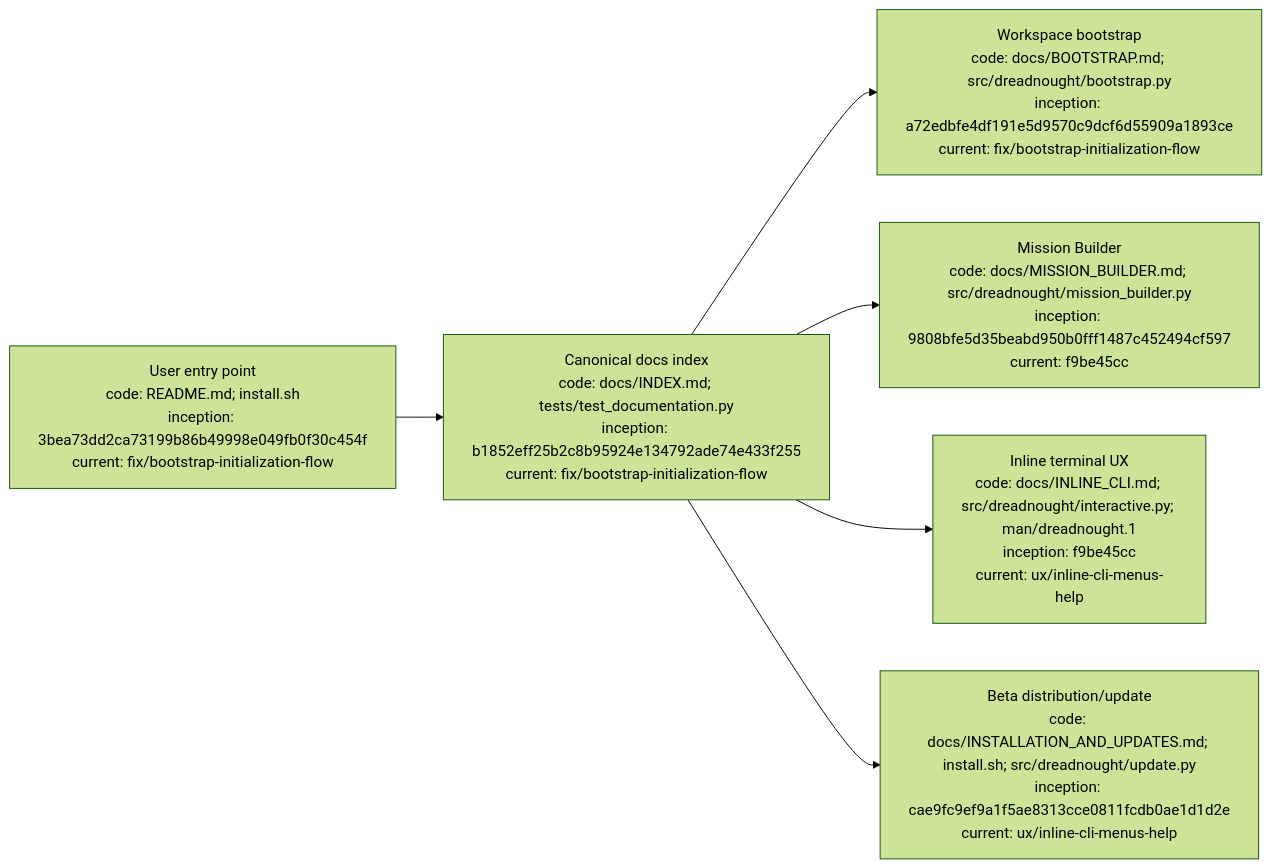
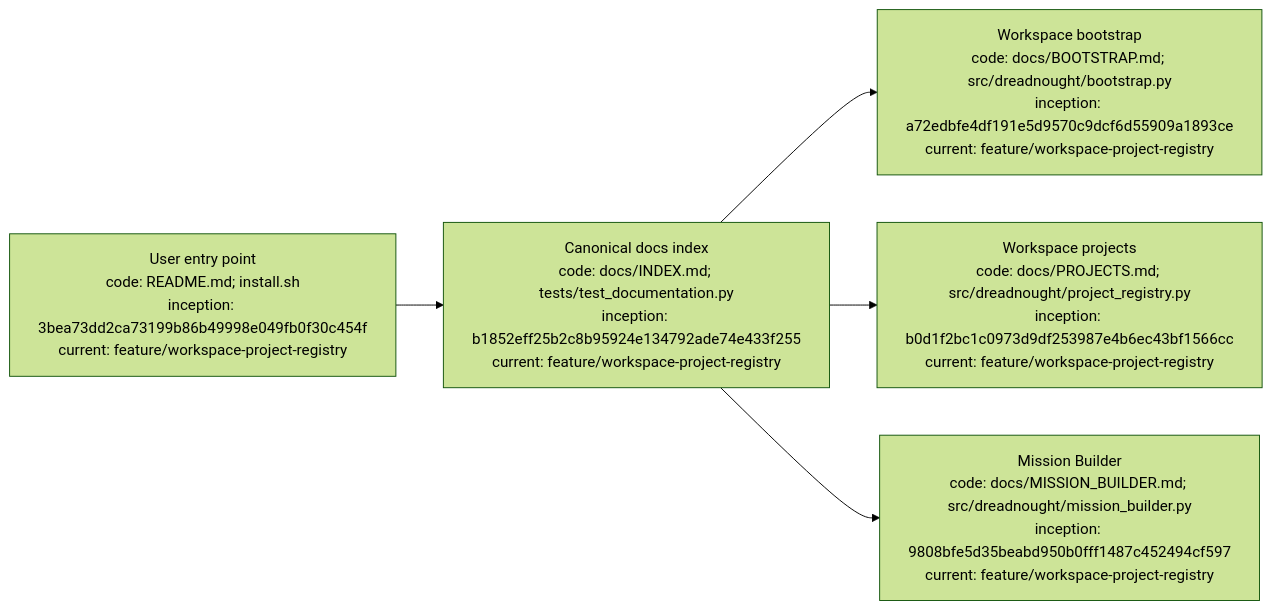
The diagram in docs/INDEX.md (seanbman/dreadnought), drawn with Mermaid (forest theme) before and after one commit. The commit also changed other lines of this file, not shown here.

Commit message:
docs: index workspace project registry

````diff
--- a/docs/INDEX.md
+++ b/docs/INDEX.md
@@ -66,8 +67,7 @@
 ```mermaid
 flowchart LR
-    R["User entry point\ncode: README.md; install.sh\ninception: 3bea73dd2ca73199b86b49998e049fb0f30c454f\ncurrent: fix/bootstrap-initialization-flow"] --> I["Canonical docs index\ncode: docs/INDEX.md; tests/test_documentation.py\ninception: b1852eff25b2c8b95924e134792ade74e433f255\ncurrent: fix/bootstrap-initialization-flow"]
-    I --> B["Workspace bootstrap\ncode: docs/BOOTSTRAP.md; src/dreadnought/bootstrap.py\ninception: a72edbfe4df191e5d9570c9dcf6d55909a1893ce\ncurrent: fix/bootstrap-initialization-flow"]
-    I --> M["Mission Builder\ncode: docs/MISSION_BUILDER.md; src/dreadnought/mission_builder.py\ninception: 9808bfe5d35beabd950b0fff1487c452494cf597\ncurrent: f9be45cc"]
-    I --> T["Inline terminal UX\ncode: docs/INLINE_CLI.md; src/dreadnought/interactive.py; man/dreadnought.1\ninception: f9be45cc\ncurrent: ux/inline-cli-menus-help"]
-    I --> U["Beta distribution/update\ncode: docs/INSTALLATION_AND_UPDATES.md; install.sh; src/dreadnought/update.py\ninception: cae9fc9ef9a1f5ae8313cce0811fcdb0ae1d1d2e\ncurrent: ux/inline-cli-menus-help"]
+    R["User entry point\ncode: README.md; install.sh\ninception: 3bea73dd2ca73199b86b49998e049fb0f30c454f\ncurrent: feature/workspace-project-registry"] --> I["Canonical docs index\ncode: docs/INDEX.md; tests/test_documentation.py\ninception: b1852eff25b2c8b95924e134792ade74e433f255\ncurrent: feature/workspace-project-registry"]
+    I --> B["Workspace bootstrap\ncode: docs/BOOTSTRAP.md; src/dreadnought/bootstrap.py\ninception: a72edbfe4df191e5d9570c9dcf6d55909a1893ce\ncurrent: feature/workspace-project-registry"]
+    I --> P["Workspace projects\ncode: docs/PROJECTS.md; src/dreadnought/project_registry.py\ninception: b0d1f2bc1c0973d9df253987e4b6ec43bf1566cc\ncurrent: feature/workspace-project-registry"]
+    I --> M["Mission Builder\ncode: docs/MISSION_BUILDER.md; src/dreadnought/mission_builder.py\ninception: 9808bfe5d35beabd950b0fff1487c452494cf597\ncurrent: feature/workspace-project-registry"]
 ```
````
